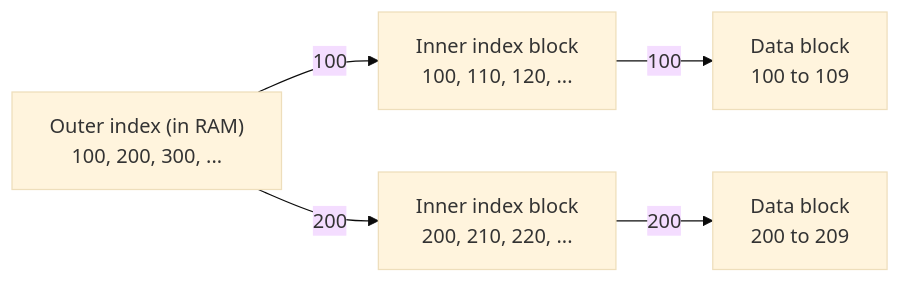
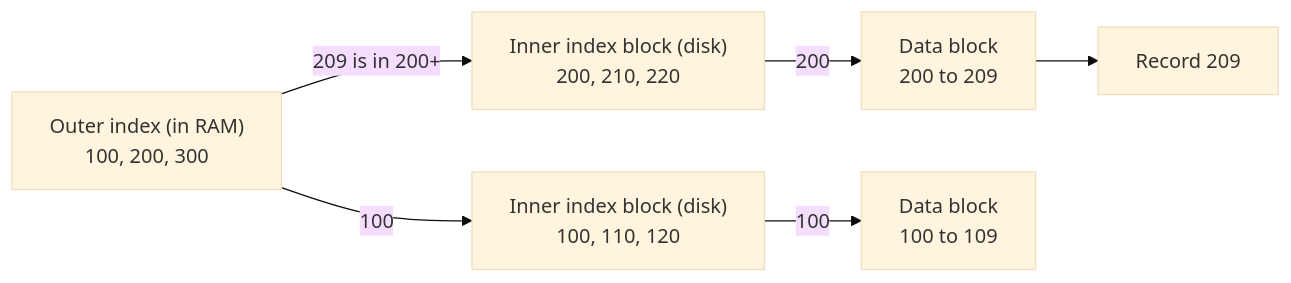
One commit to aaryan-pradhan/core-cs-fundamentals changed the sixth of 7 diagrams in dbms/14-indexing.md. Above: the diagram before and after it, drawn with Mermaid (base theme). The commit also changed other lines of this file, not shown here.

````diff
--- a/dbms/14-indexing.md
+++ b/dbms/14-indexing.md
@@ -151,7 +99,8 @@
 ```mermaid
 flowchart LR
-  O["Outer index (in RAM)<br/>100, 200, 300, ..."] -- "100" --> I1["Inner index block<br/>100, 110, 120, ..."]
-  O -- "200" --> I2["Inner index block<br/>200, 210, 220, ..."]
+  O["Outer index (in RAM)<br/>100, 200, 300"] -- "209 is in 200+" --> I2["Inner index block (disk)<br/>200, 210, 220"]
+  O -- "100" --> I1["Inner index block (disk)<br/>100, 110, 120"]
+  I2 -- "200" --> D2["Data block<br/>200 to 209"]
   I1 -- "100" --> D1["Data block<br/>100 to 109"]
-  I2 -- "200" --> D2["Data block<br/>200 to 209"]
+  D2 --> R["Record 209"]
 ```
````
